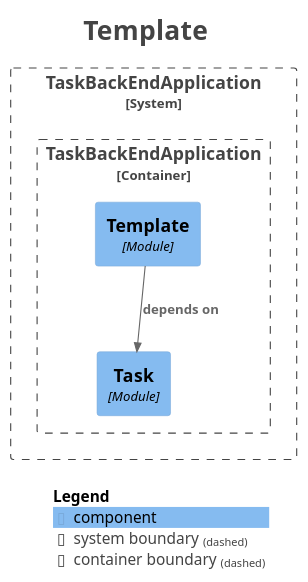
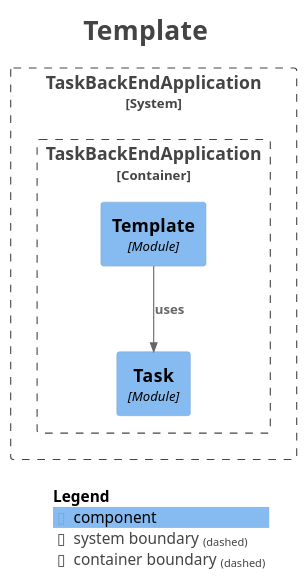
One commit to stainii/task changed the diagram in docs/modules/module-template.puml. Above: the diagram before and after it, drawn with PlantUML. The commit also changed 18 other files, not shown here.

```diff
--- a/docs/modules/module-template.puml
+++ b/docs/modules/module-template.puml
@@ -1,30 +1,30 @@
 @startuml
 title <size:24>Template</size>
 
 set separator none
 top to bottom direction
 
 <style>
   root {
     BackgroundColor: #ffffff
     FontColor: #444444
   }
 </style>
 
 !include <C4/C4>
 !include <C4/C4_Context>
 !include <C4/C4_Component>
 
 System_Boundary("TaskBackEndApplication_boundary", "TaskBackEndApplication", $tags="") {
   Container_Boundary("TaskBackEndApplication.TaskBackEndApplication_boundary", "TaskBackEndApplication", $tags="") {
     Component(TaskBackEndApplication.TaskBackEndApplication.Task, "Task", $techn="Module", $descr="", $tags="", $link="")
     Component(TaskBackEndApplication.TaskBackEndApplication.Template, "Template", $techn="Module", $descr="", $tags="", $link="")
   }
 
 }
 
-Rel(TaskBackEndApplication.TaskBackEndApplication.Template, TaskBackEndApplication.TaskBackEndApplication.Task, "depends on", $techn="", $tags="", $link="")
+Rel(TaskBackEndApplication.TaskBackEndApplication.Template, TaskBackEndApplication.TaskBackEndApplication.Task, "uses", $techn="", $tags="", $link="")
 
 SHOW_LEGEND(true)
 hide stereotypes
 @enduml
```
